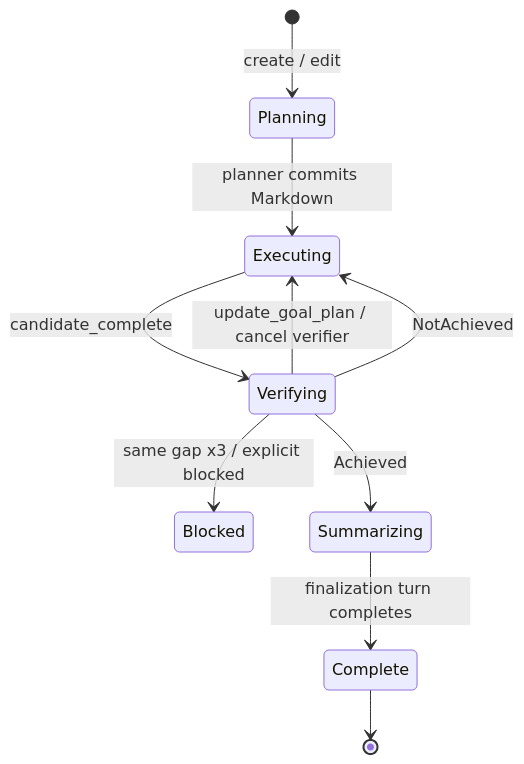
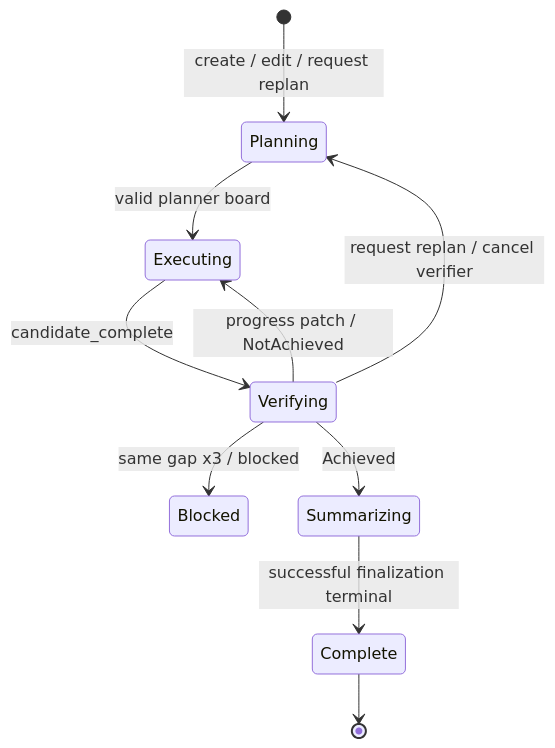
Before and after one commit to LordCasser/grow: the diagram in docs/architecture/goal-continuation.md, drawn with Mermaid. The commit also changed other lines of this file and 159 other files, not shown here.

````diff
--- a/docs/architecture/goal-continuation.md
+++ b/docs/architecture/goal-continuation.md
@@ -47,12 +79,12 @@
 ```mermaid
 stateDiagram-v2
-    [*] --> Planning: create / edit
-    Planning --> Executing: planner commits Markdown
+    [*] --> Planning: create / edit / request replan
+    Planning --> Executing: valid planner board
     Executing --> Verifying: candidate_complete
-    Verifying --> Executing: update_goal_plan / cancel verifier
-    Verifying --> Executing: NotAchieved
-    Verifying --> Blocked: same gap x3 / explicit blocked
+    Verifying --> Planning: request replan / cancel verifier
+    Verifying --> Executing: progress patch / NotAchieved
+    Verifying --> Blocked: same gap x3 / blocked
     Verifying --> Summarizing: Achieved
-    Summarizing --> Complete: finalization turn completes
+    Summarizing --> Complete: successful finalization terminal
     Complete --> [*]
 ```
````
